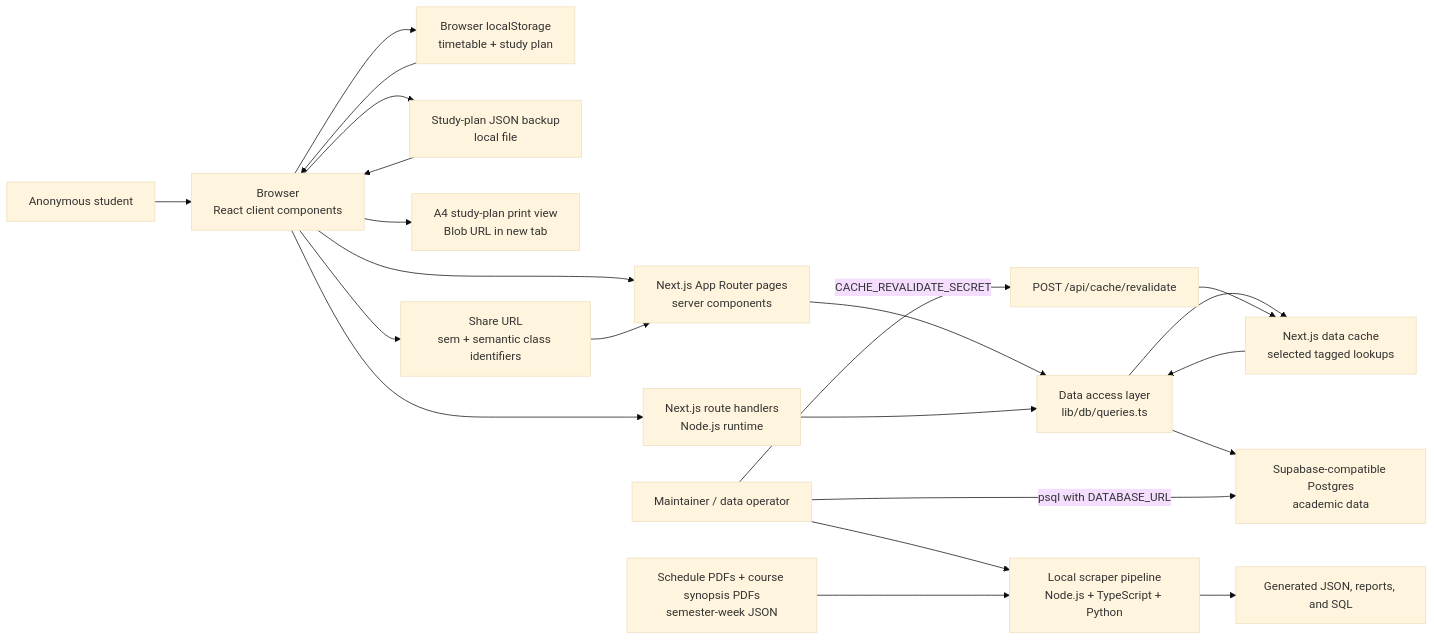
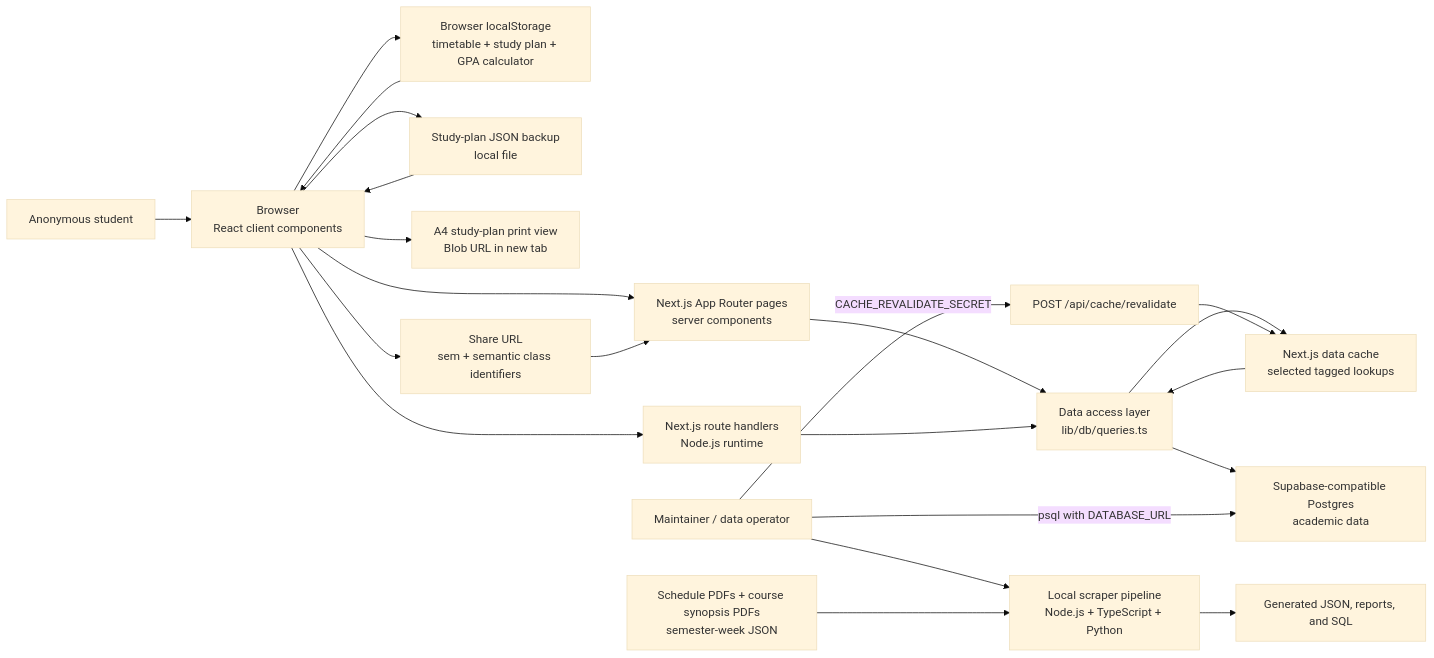
One commit to lester-td/SUSSplanner changed the first of 14 diagrams in docs/DeveloperGuide.md. Above: the diagram before and after it, drawn with Mermaid (base theme). The commit also changed other lines of this file and 1 other file, not shown here.

````diff
--- a/docs/DeveloperGuide.md
+++ b/docs/DeveloperGuide.md
@@ -42,42 +44,42 @@
 ```mermaid
 flowchart LR
     User["Anonymous student"]
     Maintainer["Maintainer / data operator"]
     Browser["Browser<br/>React client components"]
-    LocalStorage["Browser localStorage<br/>timetable + study plan"]
+    LocalStorage["Browser localStorage<br/>timetable + study plan + GPA calculator"]
     StudyPlanBackup["Study-plan JSON backup<br/>local file"]
     StudyPlanPrint["A4 study-plan print view<br/>Blob URL in new tab"]
     ShareURL["Share URL<br/>sem + semantic class identifiers"]
     NextPages["Next.js App Router pages<br/>server components"]
     API["Next.js route handlers<br/>Node.js runtime"]
     DAL["Data access layer<br/>lib/db/queries.ts"]
     Cache["Next.js data cache<br/>selected tagged lookups"]
     DB["Supabase-compatible Postgres<br/>academic data"]
     Sources["Schedule PDFs + course synopsis PDFs<br/>semester-week JSON"]
     Scraper["Local scraper pipeline<br/>Node.js + TypeScript + Python"]
     SQL["Generated JSON, reports, and SQL"]
     Revalidate["POST /api/cache/revalidate"]
 
     User --> Browser
     Browser --> LocalStorage
     LocalStorage --> Browser
     Browser --> StudyPlanBackup
     StudyPlanBackup --> Browser
     Browser --> StudyPlanPrint
     Browser --> NextPages
     Browser --> ShareURL
     ShareURL --> NextPages
     Browser --> API
     NextPages --> DAL
     API --> DAL
     DAL --> Cache
     Cache --> DAL
     DAL --> DB
 
     Maintainer --> Scraper
     Sources --> Scraper
     Scraper --> SQL
     Maintainer -->|"psql with DATABASE_URL"| DB
     Maintainer -->|"CACHE_REVALIDATE_SECRET"| Revalidate
     Revalidate --> Cache
 ```
````
